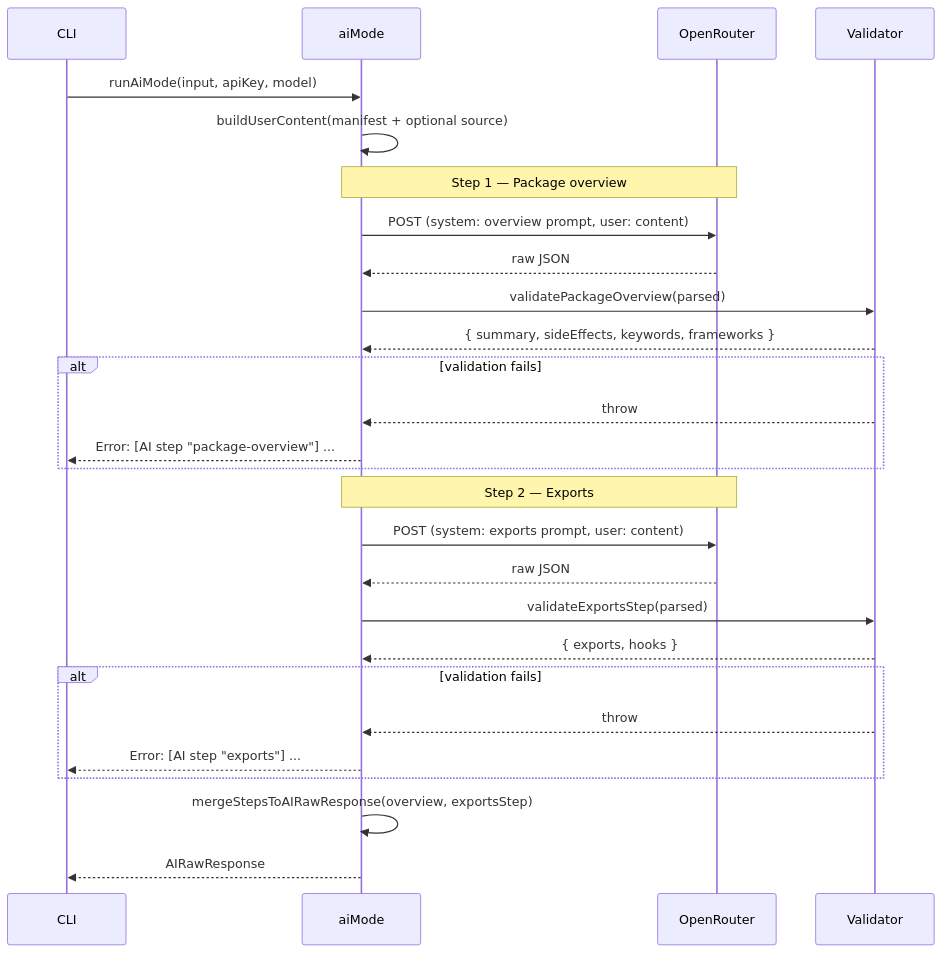
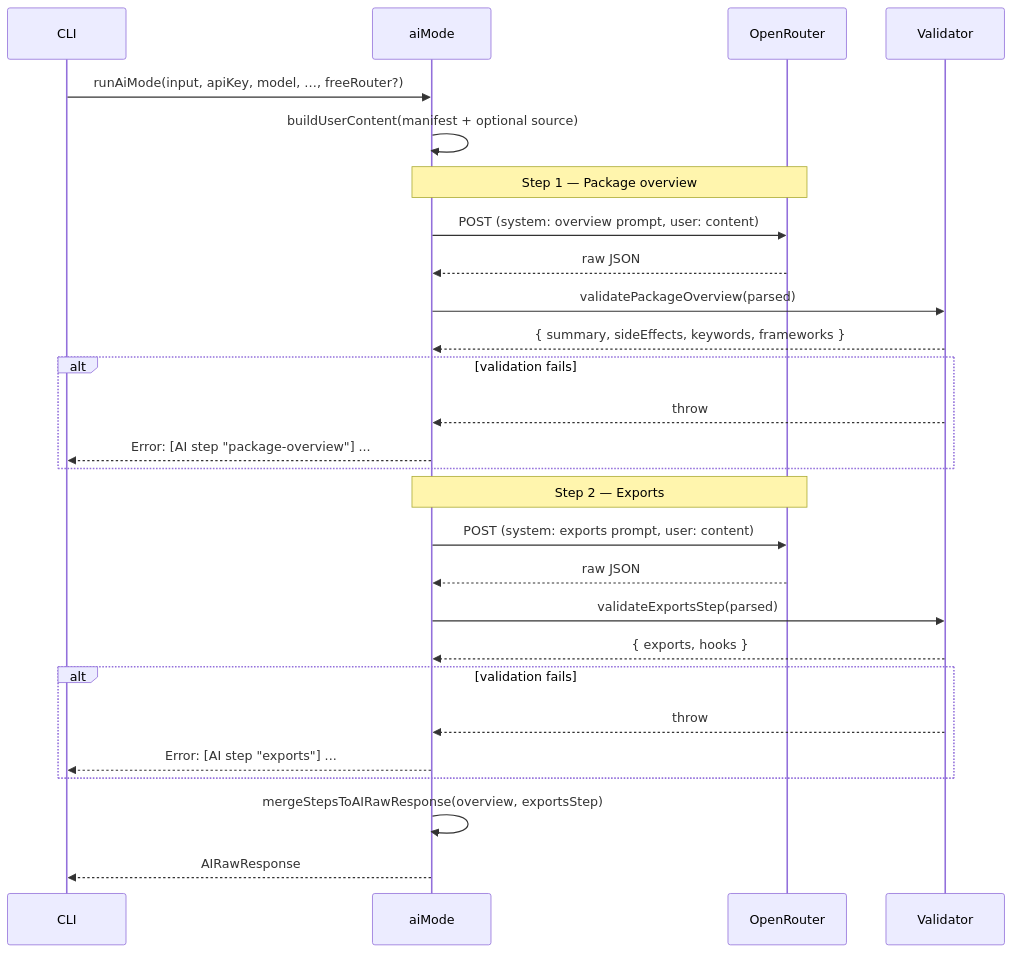
One commit to prakhardubey2002/hayagriva-llm changed the third of 4 diagrams in website/docs/flow.md. Above: the diagram before and after it, drawn with Mermaid. The commit also changed 14 other files, not shown here.

Commit message:
feat(freellmrouter) : freellmrouter support added for automatic free model usage

````diff
--- a/website/docs/flow.md
+++ b/website/docs/flow.md
@@ -97,33 +97,33 @@
 ```mermaid
 sequenceDiagram
   participant CLI
   participant aiMode
   participant OpenRouter
   participant Validator
 
-  CLI->>aiMode: runAiMode(input, apiKey, model)
+  CLI->>aiMode: runAiMode(input, apiKey, model, …, freeRouter?)
   aiMode->>aiMode: buildUserContent(manifest + optional source)
 
   Note over aiMode,OpenRouter: Step 1 — Package overview
   aiMode->>OpenRouter: POST (system: overview prompt, user: content)
   OpenRouter-->>aiMode: raw JSON
   aiMode->>Validator: validatePackageOverview(parsed)
   Validator-->>aiMode: { summary, sideEffects, keywords, frameworks }
   alt validation fails
     Validator-->>aiMode: throw
     aiMode-->>CLI: Error: [AI step "package-overview"] ...
   end
 
   Note over aiMode,OpenRouter: Step 2 — Exports
   aiMode->>OpenRouter: POST (system: exports prompt, user: content)
   OpenRouter-->>aiMode: raw JSON
   aiMode->>Validator: validateExportsStep(parsed)
   Validator-->>aiMode: { exports, hooks }
   alt validation fails
     Validator-->>aiMode: throw
     aiMode-->>CLI: Error: [AI step "exports"] ...
   end
 
   aiMode->>aiMode: mergeStepsToAIRawResponse(overview, exportsStep)
   aiMode-->>CLI: AIRawResponse
 ```
````
